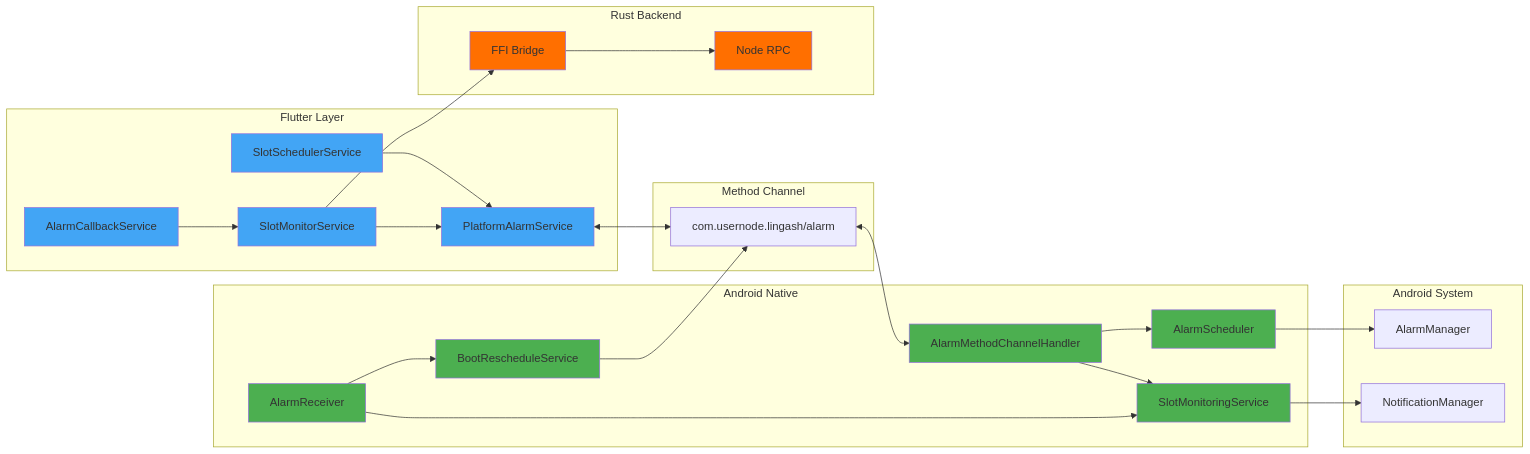
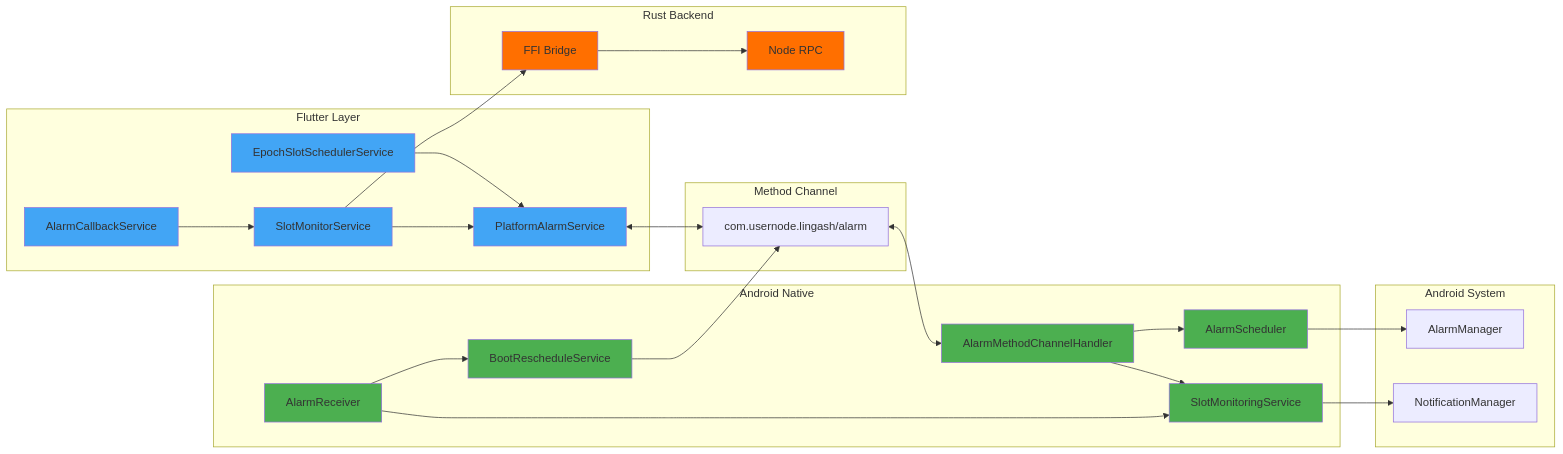
Before and after one commit to Usernode-Labs/flutter-mobile-app: the second of 3 diagrams in docs/android_background_block_production_flow.md, drawn with Mermaid. The commit also changed other lines of this file and 8 other files, not shown here.

````diff
--- a/docs/android_background_block_production_flow.md
+++ b/docs/android_background_block_production_flow.md
@@ -117,58 +117,58 @@
 ```mermaid
 graph LR
     subgraph "Flutter Layer"
         A[PlatformAlarmService]
-        B[SlotSchedulerService]
+        B[EpochSlotSchedulerService]
         C[SlotMonitorService]
         D[AlarmCallbackService]
     end
 
     subgraph "Method Channel"
         E[com.usernode.lingash/alarm]
     end
 
     subgraph "Android Native"
         F[AlarmMethodChannelHandler]
         G[AlarmScheduler]
         H[AlarmReceiver]
         I[SlotMonitoringService]
         J[BootRescheduleService]
     end
 
     subgraph "Android System"
         K[AlarmManager]
         L[NotificationManager]
     end
 
     subgraph "Rust Backend"
         M[FFI Bridge]
         N[Node RPC]
     end
 
     A <--> E
     B --> A
     C --> A
     D --> C
     E <--> F
     F --> G
     F --> I
     H --> I
     H --> J
     G --> K
     I --> L
     J --> E
     C --> M
     M --> N
 
     style A fill:#42A5F5
     style B fill:#42A5F5
     style C fill:#42A5F5
     style D fill:#42A5F5
     style F fill:#4CAF50
     style G fill:#4CAF50
     style H fill:#4CAF50
     style I fill:#4CAF50
     style J fill:#4CAF50
     style M fill:#FF6F00
     style N fill:#FF6F00
 ```
````
